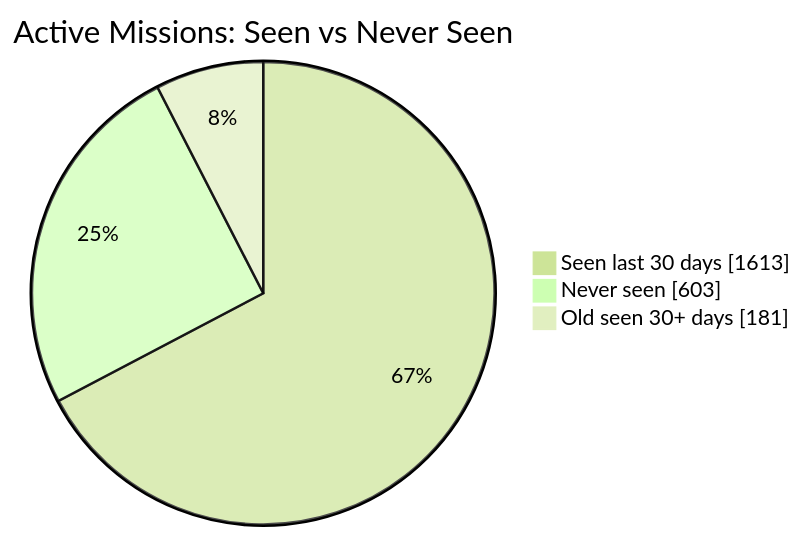
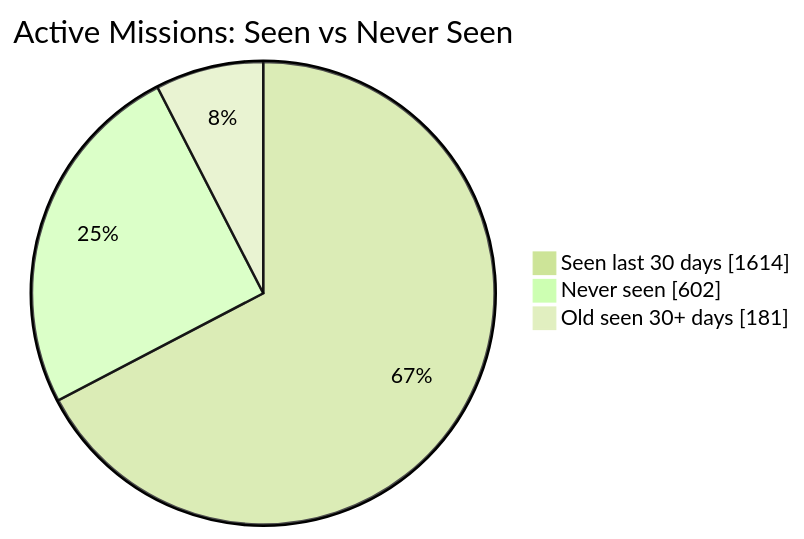
One commit to MeldkamerspelGameTeam/active-missions changed the first of 2 diagrams in README.md. Above: the diagram before and after it, drawn with Mermaid (forest theme). The commit also changed other lines of this file and 2 other files, not shown here.

````diff
--- a/README.md
+++ b/README.md
@@ -34,7 +34,7 @@
 ```mermaid
 pie showData
     title Active Missions: Seen vs Never Seen
-    "Seen last 30 days" : 1613
-    "Never seen" : 603
+    "Seen last 30 days" : 1614
+    "Never seen" : 602
     "Old seen 30+ days" : 181
 ```
````
